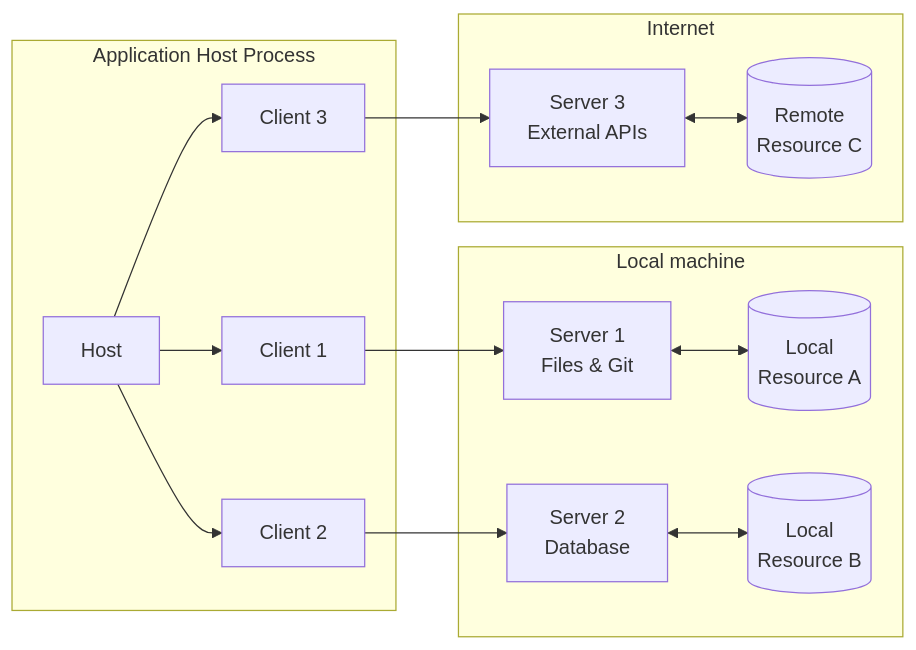
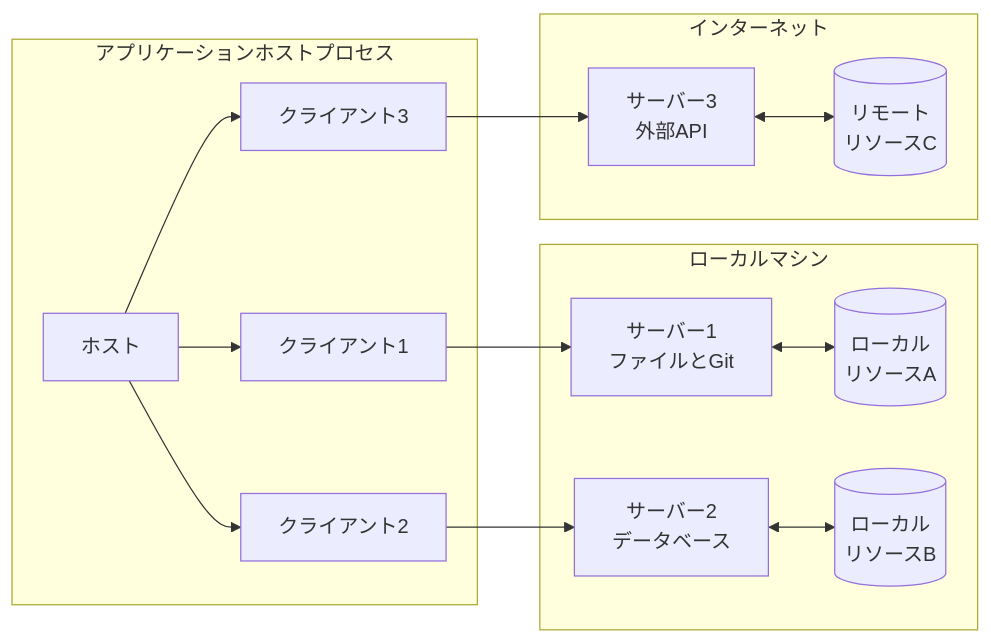
Before and after one commit to take0a/modelcontextprotocol: the first of 2 diagrams in docs.ja/specification/2025-06-18/architecture/index.mdx, drawn with Mermaid. The commit also changed other lines of this file and 19 other files, not shown here.

````diff
--- a/docs.ja/specification/2025-06-18/architecture/index.mdx
+++ b/docs.ja/specification/2025-06-18/architecture/index.mdx
@@ -15,32 +13,32 @@
 ```mermaid
 graph LR
-    subgraph "Application Host Process"
-        H[Host]
-        C1[Client 1]
-        C2[Client 2]
-        C3[Client 3]
+    subgraph "アプリケーションホストプロセス"
+        H[ホスト]
+        C1[クライアント1]
+        C2[クライアント2]
+        C3[クライアント3]
         H --> C1
         H --> C2
         H --> C3
     end
 
-    subgraph "Local machine"
-        S1[Server 1<br>Files & Git]
-        S2[Server 2<br>Database]
-        R1[("Local<br>Resource A")]
-        R2[("Local<br>Resource B")]
+    subgraph "ローカルマシン"
+        S1[サーバー1<br>ファイルとGit]
+        S2[サーバー2<br>データベース]
+        R1[("ローカル<br>リソースA")]
+        R2[("ローカル<br>リソースB")]
 
         C1 --> S1
         C2 --> S2
         S1 <--> R1
         S2 <--> R2
     end
 
-    subgraph "Internet"
-        S3[Server 3<br>External APIs]
-        R3[("Remote<br>Resource C")]
+    subgraph "インターネット"
+        S3[サーバー3<br>外部API]
+        R3[("リモート<br>リソースC")]
 
         C3 --> S3
         S3 <--> R3
     end
 ```
````
